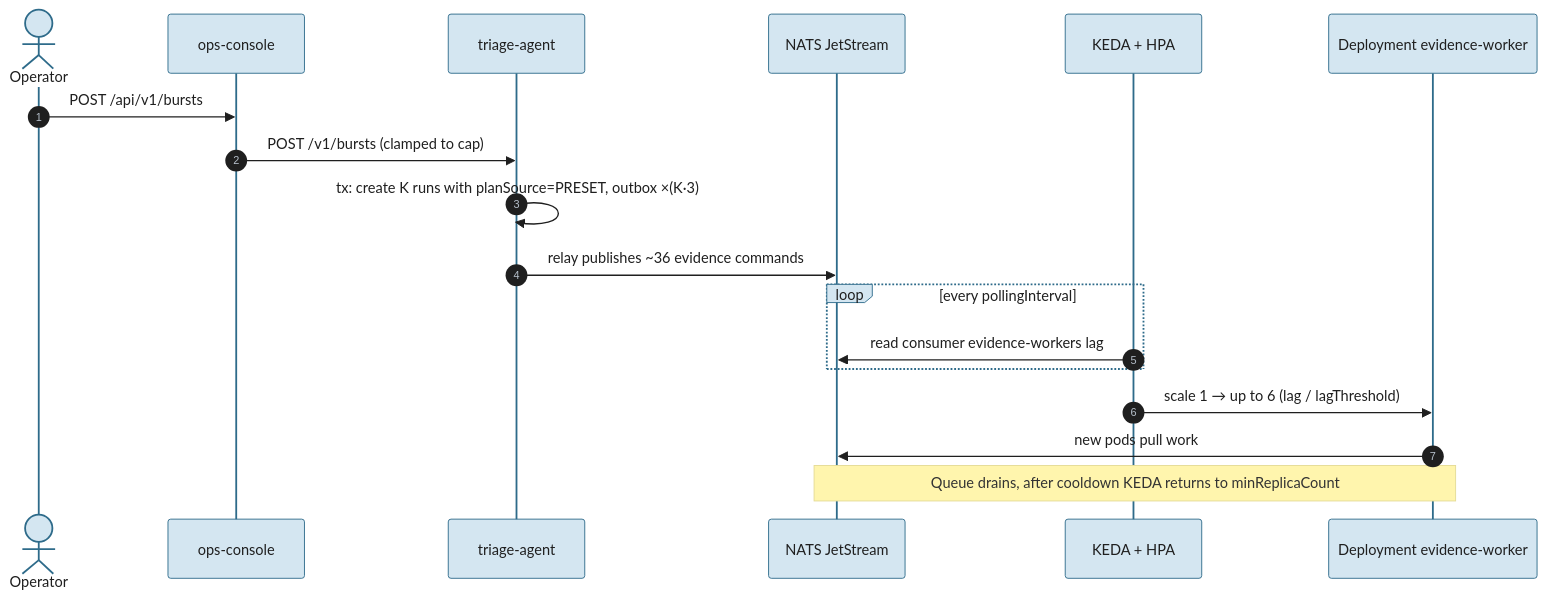
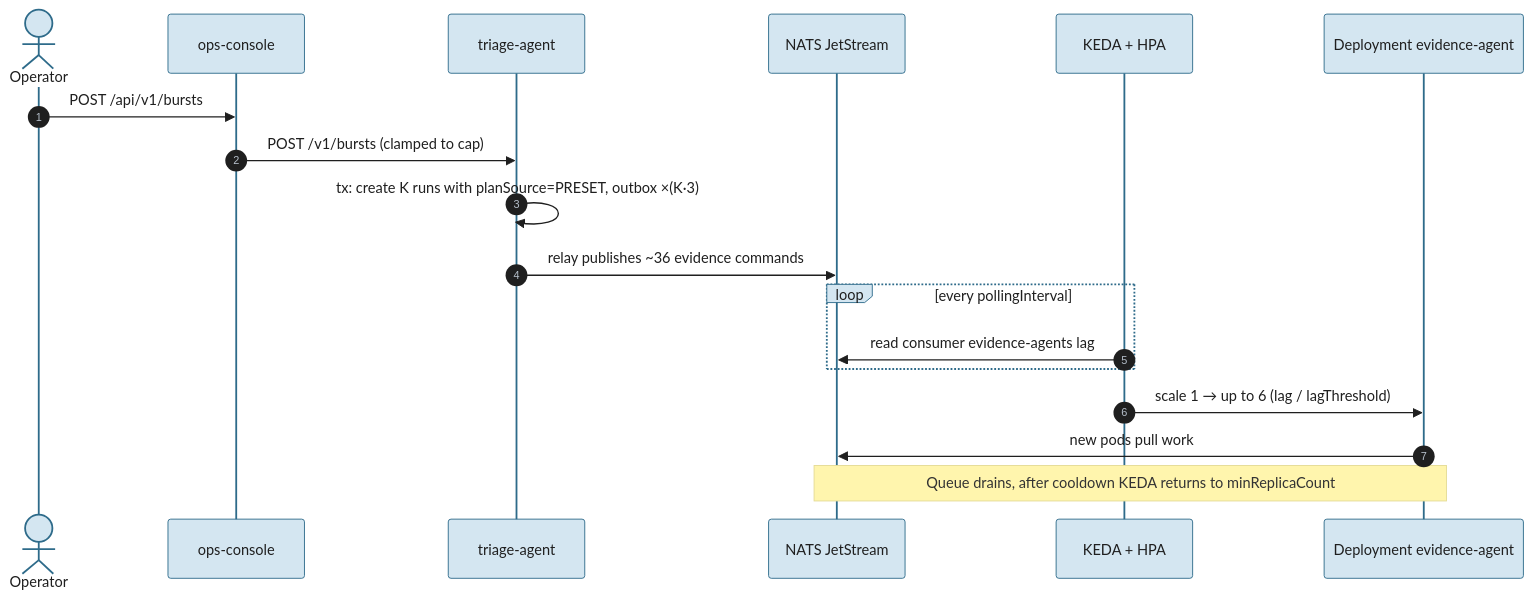
Before and after one commit to danieloh30/many-agents-one-platform: the seventh of 7 diagrams in docs/architecture.md, drawn with Mermaid. The commit also changed other lines of this file and 81 other files, not shown here.

First line of the commit message:
Rename evidence-worker to evidence-agent

````diff
--- a/docs/architecture.md
+++ b/docs/architecture.md
@@ -341,22 +341,22 @@
 ```mermaid
 %%{init: {"look":"handDrawn","theme":"base","themeVariables":{"darkMode":false,"background":"#FFFCF5","primaryColor":"#D4E6F1","primaryBorderColor":"#2E6B8A","primaryTextColor":"#1F1F1F","secondaryColor":"#D8F0D8","secondaryTextColor":"#1F1F1F","tertiaryColor":"#E8DCC4","tertiaryTextColor":"#1F1F1F","textColor":"#1F1F1F","lineColor":"#4A4035","edgeLabelBackground":"#FFFCF5","clusterBkg":"#F5F5F0","clusterBorder":"#6B5B45","fontSize":"16px"},"flowchart":{"nodeSpacing":35,"rankSpacing":55,"padding":18,"curve":"basis"}}}%%
 sequenceDiagram
   autonumber
   actor Op as Operator
   participant C as ops-console
   participant T as triage-agent
   participant N as NATS JetStream
   participant K as KEDA + HPA
-  participant D as Deployment evidence-worker
+  participant D as Deployment evidence-agent
 
   Op->>C: POST /api/v1/bursts
   C->>T: POST /v1/bursts (clamped to cap)
   T->>T: tx: create K runs with planSource=PRESET, outbox ×(K·3)
   T->>N: relay publishes ~36 evidence commands
   loop every pollingInterval
-    K->>N: read consumer evidence-workers lag
+    K->>N: read consumer evidence-agents lag
   end
   K->>D: scale 1 → up to 6 (lag / lagThreshold)
   D->>N: new pods pull work
   Note over N,D: Queue drains, after cooldown KEDA returns to minReplicaCount
 ```
````
